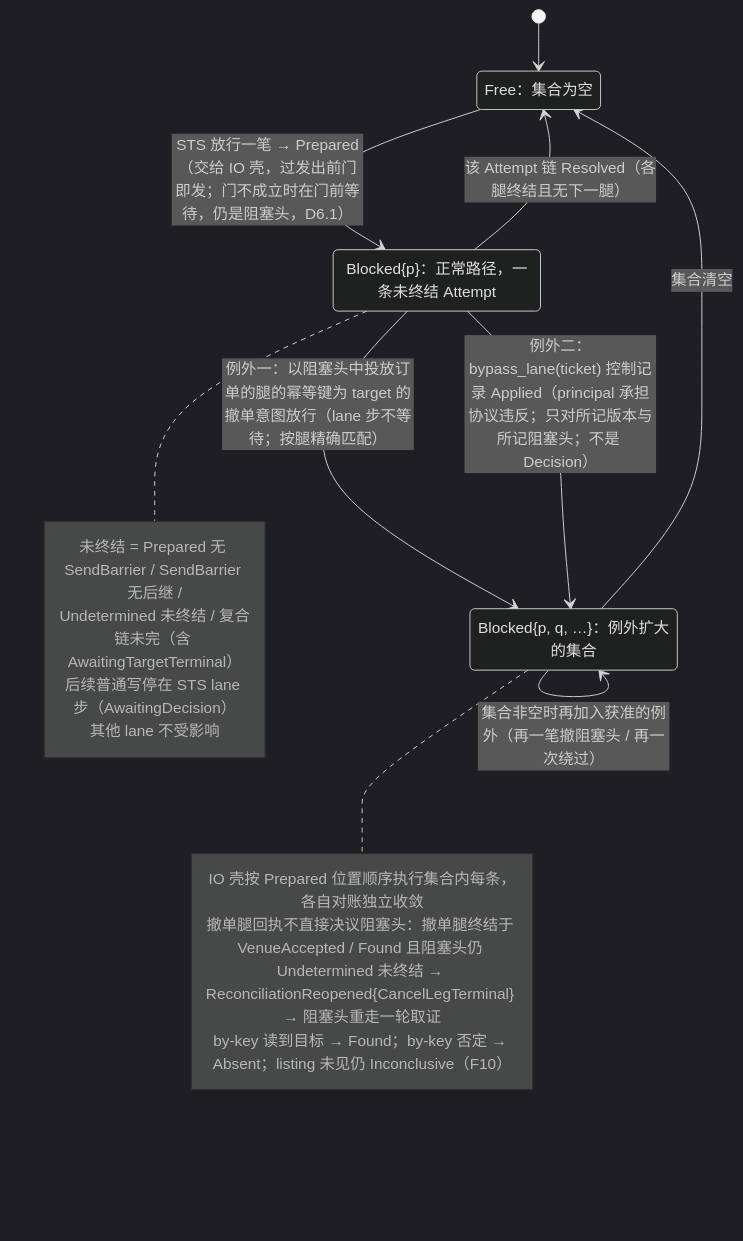
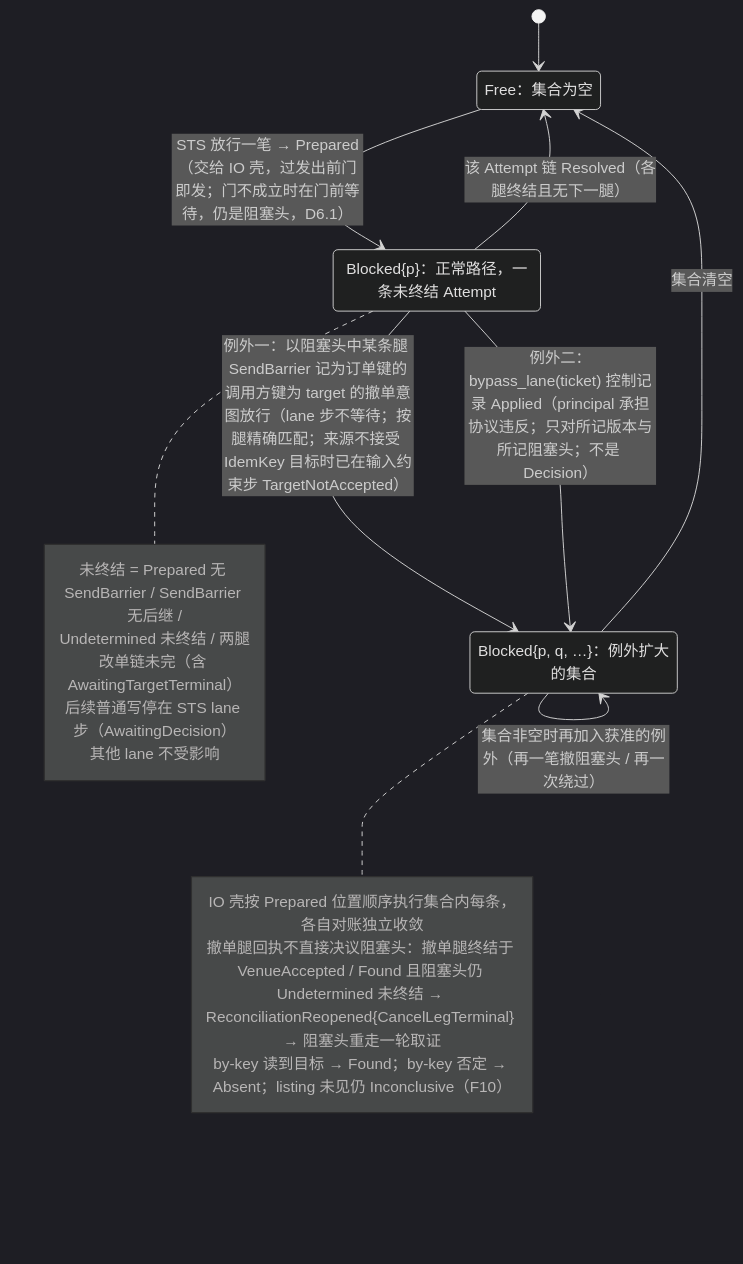
One commit to mouriya-s-lab/uta changed the fourth of 6 diagrams in design/diagrams/05-ticket-and-sts.md. Above: the diagram before and after it, drawn with Mermaid (dark theme). The commit also changed other lines of this file and 14 other files, not shown here.

Commit message:
design: write/lifecycle gaps — declared leg plans for Replace with per-leg keys and channels, target-kind capability for cancel/replace/close, TargetTerminal record, Halted and counters retained, session-state ownership in uses graph

````diff
--- a/design/diagrams/05-ticket-and-sts.md
+++ b/design/diagrams/05-ticket-and-sts.md
@@ -127,25 +127,25 @@
 ```mermaid
 stateDiagram-v2
   state "Free：集合为空" as Free
   state "Blocked{p}：正常路径，一条未终结 Attempt" as B1
   state "Blocked{p, q, …}：例外扩大的集合" as BN
   [*] --> Free
   Free --> B1 : STS 放行一笔 → Prepared（交给 IO 壳，过发出前门即发；门不成立时在门前等待，仍是阻塞头，D6.1）
   B1 --> Free : 该 Attempt 链 Resolved（各腿终结且无下一腿）
-  B1 --> BN : 例外一：以阻塞头中投放订单的腿的幂等键为 target 的撤单意图放行（lane 步不等待；按腿精确匹配）
+  B1 --> BN : 例外一：以阻塞头中某条腿 SendBarrier 记为订单键的调用方键为 target 的撤单意图放行（lane 步不等待；按腿精确匹配；来源不接受 IdemKey 目标时已在输入约束步 TargetNotAccepted）
   B1 --> BN : 例外二：bypass_lane(ticket) 控制记录 Applied（principal 承担协议违反；只对所记版本与所记阻塞头；不是 Decision）
   BN --> BN : 集合内任一链 Resolved 但集合非空（只移出自己）
   BN --> BN : 集合非空时再加入获准的例外（再一笔撤阻塞头 / 再一次绕过）
   BN --> Free : 集合清空
   note right of B1
     未终结 = Prepared 无 SendBarrier / SendBarrier 无后继 /
-    Undetermined 未终结 / 复合链未完（含 AwaitingTargetTerminal）
+    Undetermined 未终结 / 两腿改单链未完（含 AwaitingTargetTerminal）
     后续普通写停在 STS lane 步（AwaitingDecision）
     其他 lane 不受影响
   end note
   note right of BN
     IO 壳按 Prepared 位置顺序执行集合内每条，各自对账独立收敛
     撤单腿回执不直接决议阻塞头：撤单腿终结于 VenueAccepted / Found 且阻塞头仍 Undetermined 未终结 → ReconciliationReopened{CancelLegTerminal} → 阻塞头重走一轮取证
     by-key 读到目标 → Found；by-key 否定 → Absent；listing 未见仍 Inconclusive（F10）
   end note
 ```
````
